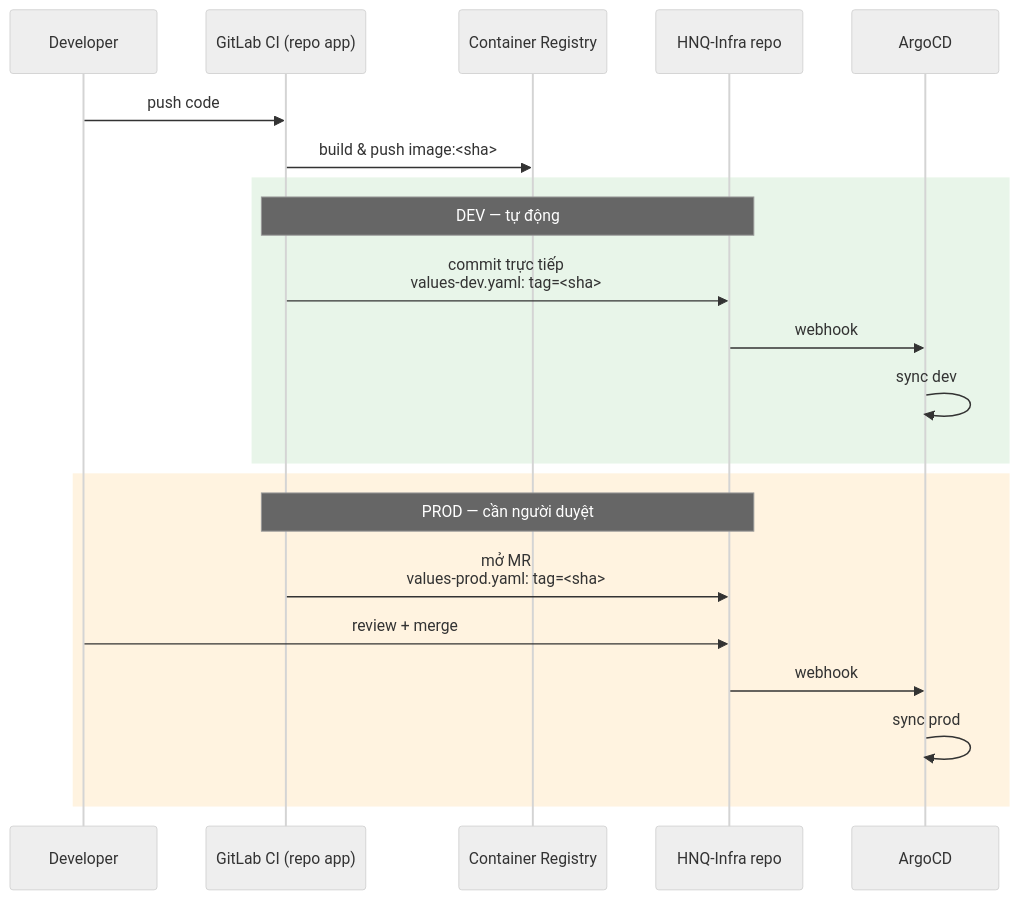
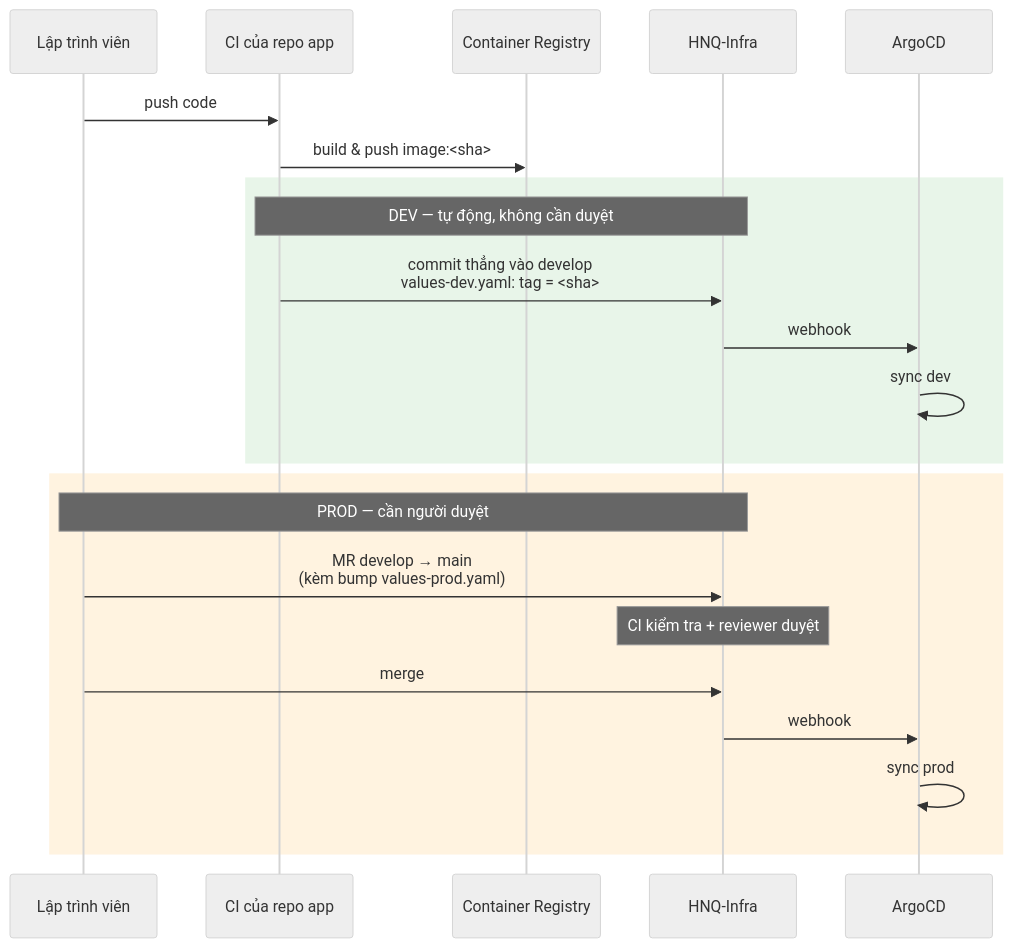
Before and after one commit to hunho247/HNQ-Infra: the fifth of 6 diagrams in docs/REFACTOR_PLAN.md, drawn with Mermaid (neutral theme). The commit also changed other lines of this file and 2 other files, not shown here.

````diff
--- a/docs/REFACTOR_PLAN.md
+++ b/docs/REFACTOR_PLAN.md
@@ -651,26 +813,27 @@
 ```mermaid
 sequenceDiagram
-  participant Dev as Developer
-  participant CI as GitLab CI (repo app)
-  participant Reg as Container Registry
-  participant Infra as HNQ-Infra repo
-  participant Argo as ArgoCD
+  participant D as Lập trình viên
+  participant CI as CI của repo app
+  participant R as Container Registry
+  participant I as HNQ-Infra
+  participant A as ArgoCD
 
-  Dev->>CI: push code
-  CI->>Reg: build & push image:<sha>
+  D->>CI: push code
+  CI->>R: build & push image:<sha>
 
   rect rgb(232, 245, 233)
-  note over CI,Infra: DEV — tự động
-  CI->>Infra: commit trực tiếp<br/>values-dev.yaml: tag=<sha>
-  Infra->>Argo: webhook
-  Argo->>Argo: sync dev
+  Note over CI,I: DEV — tự động, không cần duyệt
+  CI->>I: commit thẳng vào develop<br/>values-dev.yaml: tag = <sha>
+  I->>A: webhook
+  A->>A: sync dev
   end
 
   rect rgb(255, 243, 224)
-  note over CI,Infra: PROD — cần người duyệt
-  CI->>Infra: mở MR<br/>values-prod.yaml: tag=<sha>
-  Dev->>Infra: review + merge
-  Infra->>Argo: webhook
-  Argo->>Argo: sync prod
+  Note over D,I: PROD — cần người duyệt
+  D->>I: MR develop → main<br/>(kèm bump values-prod.yaml)
+  Note over I: CI kiểm tra + reviewer duyệt
+  D->>I: merge
+  I->>A: webhook
+  A->>A: sync prod
   end
 ```
````
